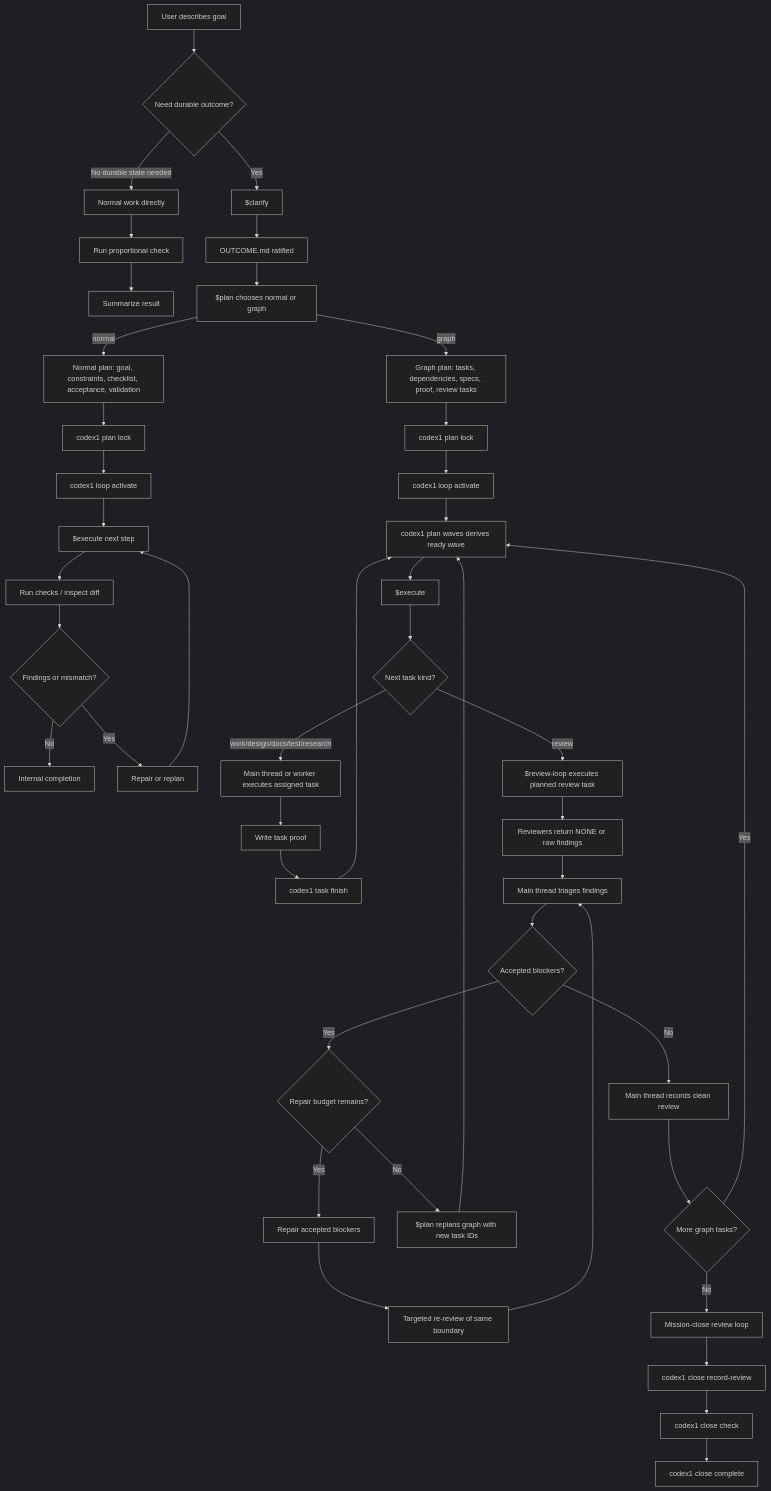
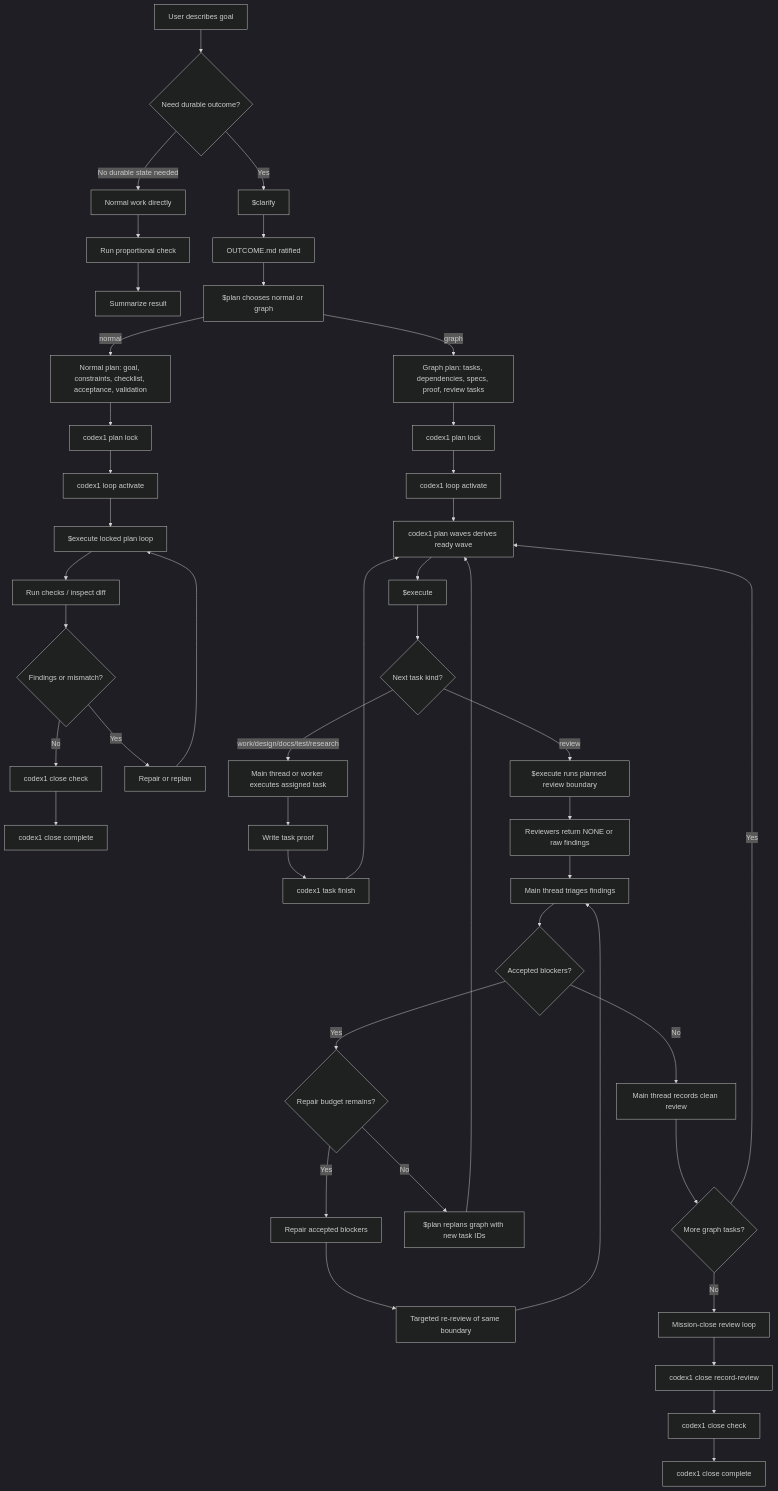
Before and after one commit to JoelEmanuelNilsson/codex1: the first of 7 diagrams in docs/codex1-rebuild-handoff/01-product-flow.md, drawn with Mermaid (dark theme). The commit also changed other lines of this file and 10 other files, not shown here.

````diff
--- a/docs/codex1-rebuild-handoff/01-product-flow.md
+++ b/docs/codex1-rebuild-handoff/01-product-flow.md
@@ -49,49 +49,50 @@
 ```mermaid
 flowchart TD
     User["User describes goal"] --> ClarifyNeeded{"Need durable outcome?"}
     ClarifyNeeded -->|No durable state needed| DirectNormal["Normal work directly"]
     DirectNormal --> DirectProof["Run proportional check"]
     DirectProof --> DirectDone["Summarize result"]
 
     ClarifyNeeded -->|Yes| Clarify["$clarify"]
     Clarify --> Outcome["OUTCOME.md ratified"]
     Outcome --> ChooseMode["$plan chooses normal or graph"]
 
     ChooseMode -->|normal| NormalPlan["Normal plan: goal, constraints, checklist, acceptance, validation"]
     NormalPlan --> NormalLock["codex1 plan lock"]
     NormalLock --> NormalActivate["codex1 loop activate"]
-    NormalActivate --> NormalExecute["$execute next step"]
+    NormalActivate --> NormalExecute["$execute locked plan loop"]
     NormalExecute --> NormalCheck["Run checks / inspect diff"]
     NormalCheck --> NormalReview{"Findings or mismatch?"}
-    NormalReview -->|No| NormalDone["Internal completion"]
+    NormalReview -->|No| NormalCloseCheck["codex1 close check"]
+    NormalCloseCheck --> NormalDone["codex1 close complete"]
     NormalReview -->|Yes| NormalRepair["Repair or replan"]
     NormalRepair --> NormalExecute
 
     ChooseMode -->|graph| GraphPlan["Graph plan: tasks, dependencies, specs, proof, review tasks"]
     GraphPlan --> GraphLock["codex1 plan lock"]
     GraphLock --> GraphActivate["codex1 loop activate"]
     GraphActivate --> Waves["codex1 plan waves derives ready wave"]
     Waves --> Execute["$execute"]
     Execute --> Kind{"Next task kind?"}
     Kind -->|work/design/docs/test/research| Work["Main thread or worker executes assigned task"]
-    Kind -->|review| ReviewTask["$review-loop executes planned review task"]
+    Kind -->|review| ReviewTask["$execute runs planned review boundary"]
     Work --> Proof["Write task proof"]
     Proof --> Finish["codex1 task finish"]
     Finish --> Waves
     ReviewTask --> ReviewResult["Reviewers return NONE or raw findings"]
     ReviewResult --> Triage["Main thread triages findings"]
     Triage --> Accepted{"Accepted blockers?"}
     Accepted -->|No| RecordClean["Main thread records clean review"]
     Accepted -->|Yes| Budget{"Repair budget remains?"}
     Budget -->|Yes| Repair["Repair accepted blockers"]
     Budget -->|No| Replan["$plan replans graph with new task IDs"]
     Repair --> ReReview["Targeted re-review of same boundary"]
     ReReview --> Triage
     Replan --> Waves
     RecordClean --> More{"More graph tasks?"}
     More -->|Yes| Waves
     More -->|No| MissionCloseReview["Mission-close review loop"]
     MissionCloseReview --> RecordCloseReview["codex1 close record-review"]
     RecordCloseReview --> CloseCheck["codex1 close check"]
     CloseCheck --> Complete["codex1 close complete"]
 ```
````
